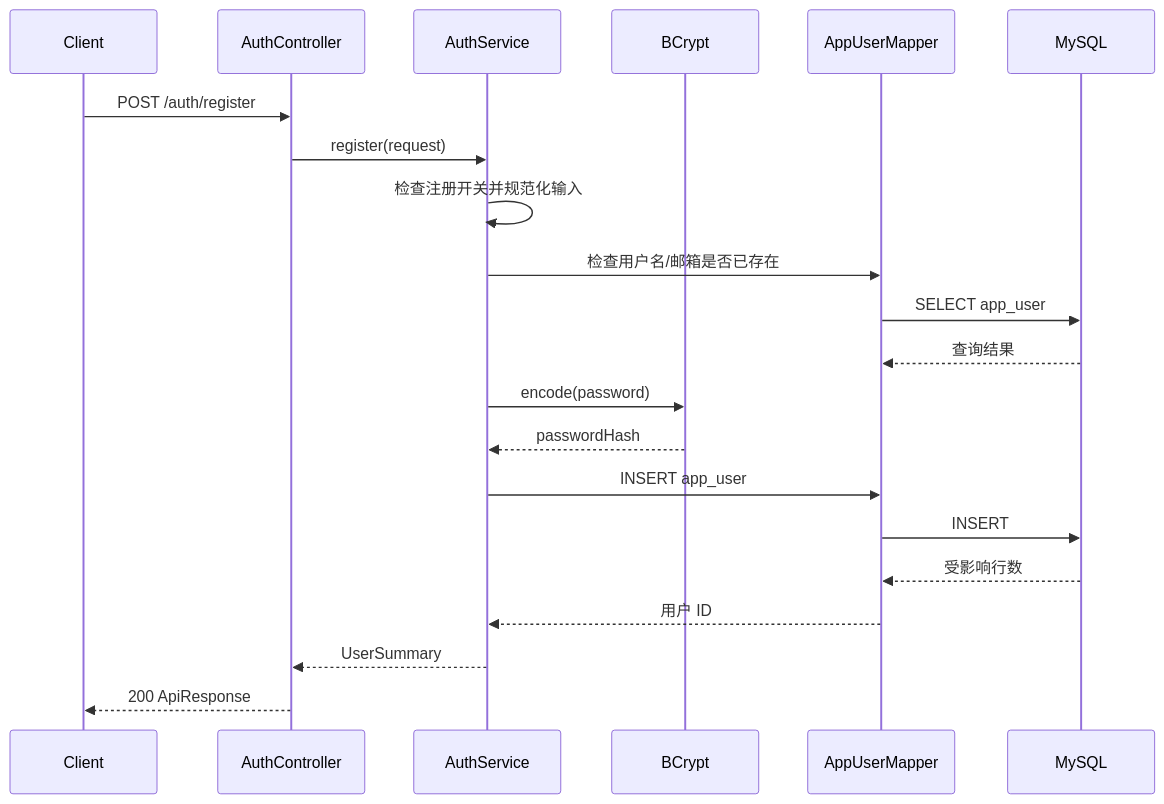
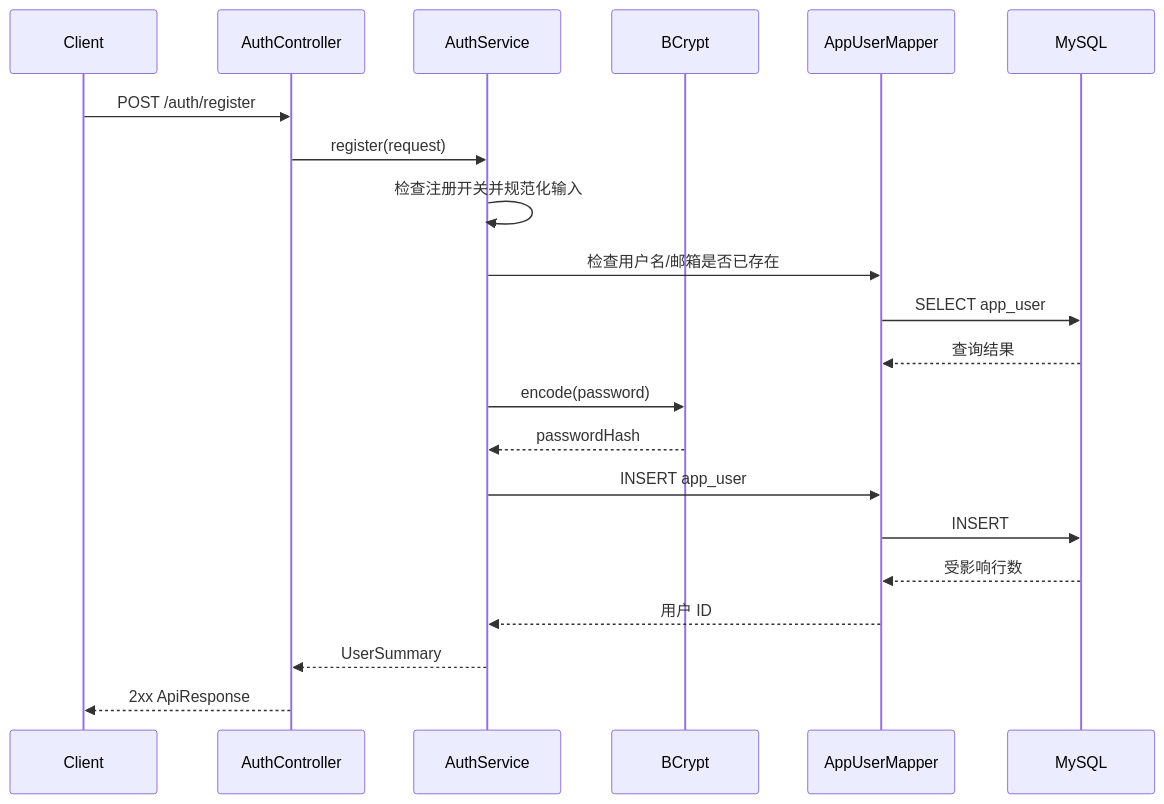
Before and after one commit to Ren-Wuzhiren/Linkwarden: the second of 4 diagrams in docs/需求文档/2026-09-21-006-阶段1.4-鉴权闭环.md, drawn with Mermaid. The commit also changed other lines of this file and 27 other files, not shown here.

````diff
--- a/docs/需求文档/2026-09-21-006-阶段1.4-鉴权闭环.md
+++ b/docs/需求文档/2026-09-21-006-阶段1.4-鉴权闭环.md
@@ -283,24 +283,24 @@
 ```mermaid
 sequenceDiagram
   participant C as Client
   participant A as AuthController
   participant S as AuthService
   participant E as BCrypt
   participant M as AppUserMapper
   participant D as MySQL
 
   C->>A: POST /auth/register
   A->>S: register(request)
   S->>S: 检查注册开关并规范化输入
   S->>M: 检查用户名/邮箱是否已存在
   M->>D: SELECT app_user
   D-->>M: 查询结果
   S->>E: encode(password)
   E-->>S: passwordHash
   S->>M: INSERT app_user
   M->>D: INSERT
   D-->>M: 受影响行数
   M-->>S: 用户 ID
   S-->>A: UserSummary
-  A-->>C: 200 ApiResponse
+  A-->>C: 2xx ApiResponse
 ```
````
